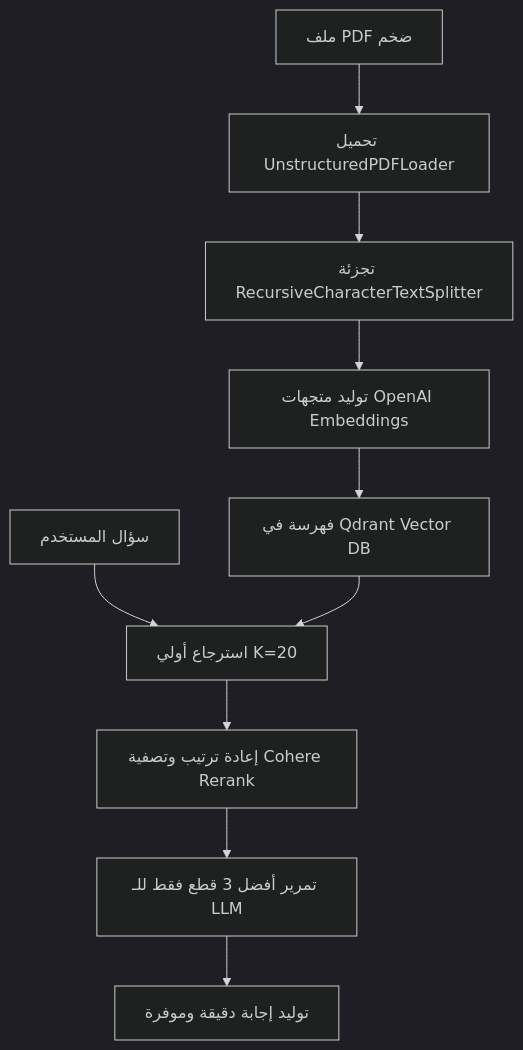
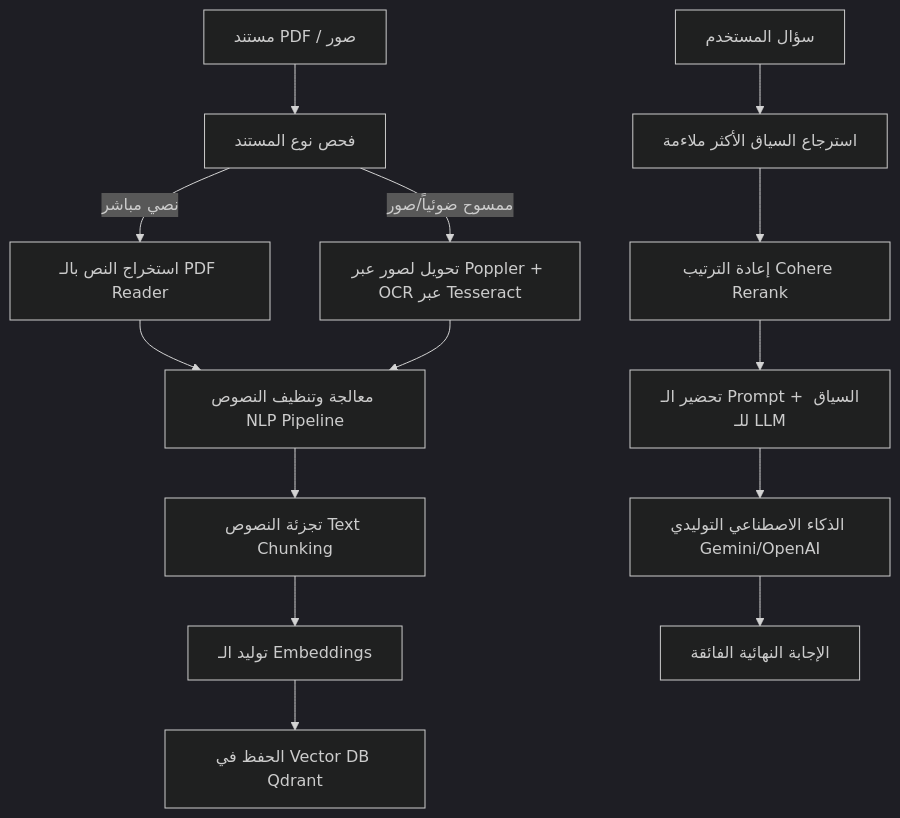
One commit to EngMazenQahtan/Smart-document-assistant changed the diagram in README.md. Above: the diagram before and after it, drawn with Mermaid (dark theme). The commit also changed other lines of this file, not shown here.

````diff
--- a/README.md
+++ b/README.md
@@ -35,12 +19,16 @@
 ```mermaid
 graph TD
-    A[ملف PDF ضخم] --> B[تحميل UnstructuredPDFLoader]
-    B --> C[تجزئة RecursiveCharacterTextSplitter]
-    C --> D[توليد متجهات OpenAI Embeddings]
-    D --> E[فهرسة في Qdrant Vector DB]
-    F[سؤال المستخدم] --> G[استرجاع أولي K=20]
-    E --> G
-    G --> H[إعادة ترتيب وتصفية Cohere Rerank]
-    H --> I[تمرير أفضل 3 قطع فقط للـ LLM]
-    I --> J[توليد إجابة دقيقة وموفرة]
+    A[مستند PDF / صور] --> B[فحص نوع المستند]
+    B -->|نصي مباشر| C[استخراج النص بالـ PDF Reader]
+    B -->|ممسوح ضوئياً/صور| D[تحويل لصور عبر Poppler + OCR عبر Tesseract]
+    C --> E[معالجة وتنظيف النصوص NLP Pipeline]
+    D --> E
+    E --> F[تجزئة النصوص Text Chunking]
+    F --> G[توليد الـ Embeddings]
+    G --> H[الحفظ في Vector DB Qdrant]
+    I[سؤال المستخدم] --> J[استرجاع السياق الأكثر ملاءمة]
+    J --> K[إعادة الترتيب Cohere Rerank]
+    K --> L[تحضير الـ Prompt + السياق للـ LLM]
+    L --> M[الذكاء الاصطناعي التوليدي Gemini/OpenAI]
+    M --> N[الإجابة النهائية الفائقة]
 ```
````
